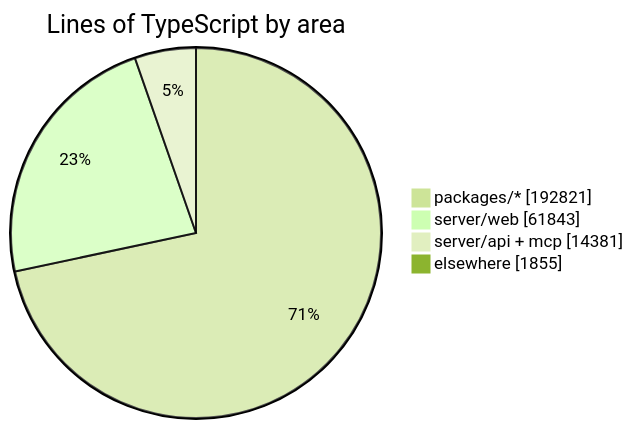
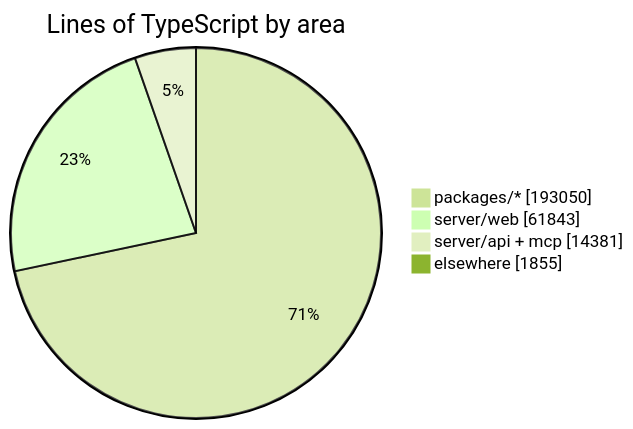
Before and after one commit to crossworks-engineering/mantle: the diagram in README.md, drawn with Mermaid (forest theme). The commit also changed other lines of this file and 2 other files, not shown here.

````diff
--- a/README.md
+++ b/README.md
@@ -279,7 +279,7 @@
 ```mermaid
 pie showData title Lines of TypeScript by area
-    "packages/*" : 192821
+    "packages/*" : 193050
     "server/web" : 61843
     "server/api + mcp" : 14381
     "elsewhere" : 1855
 ```
````
